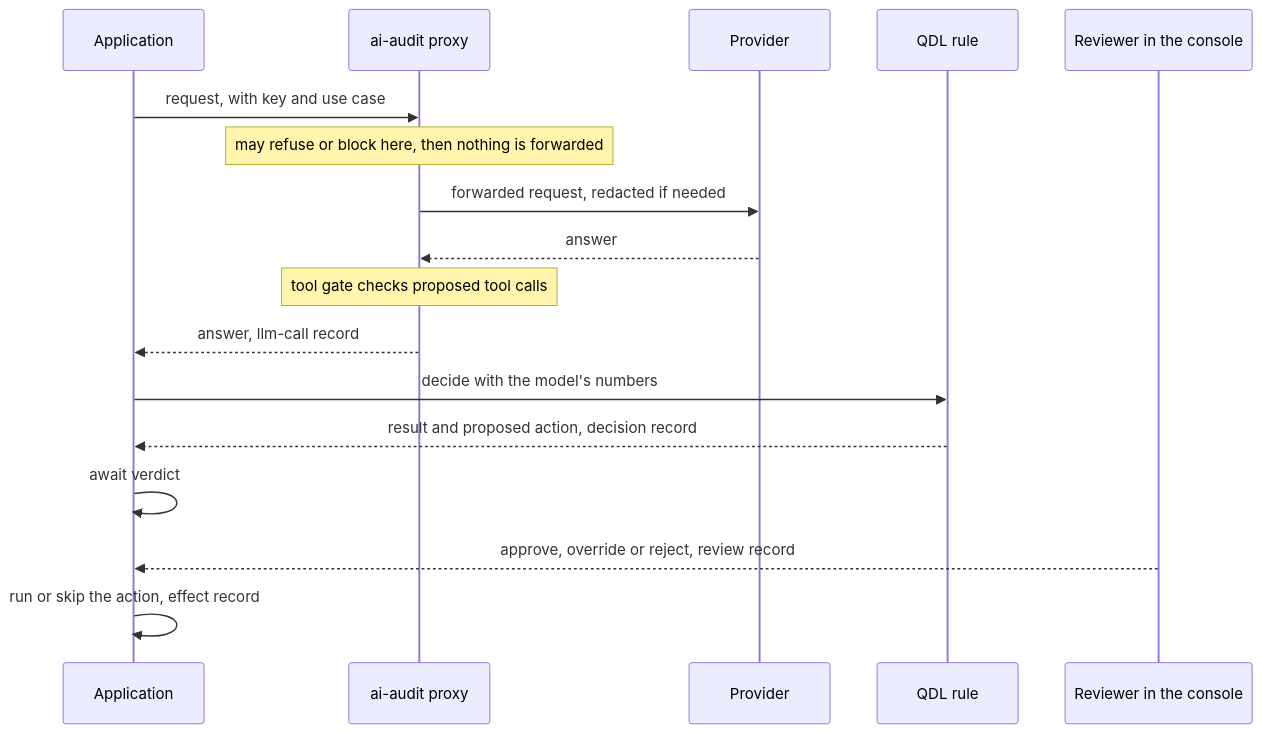
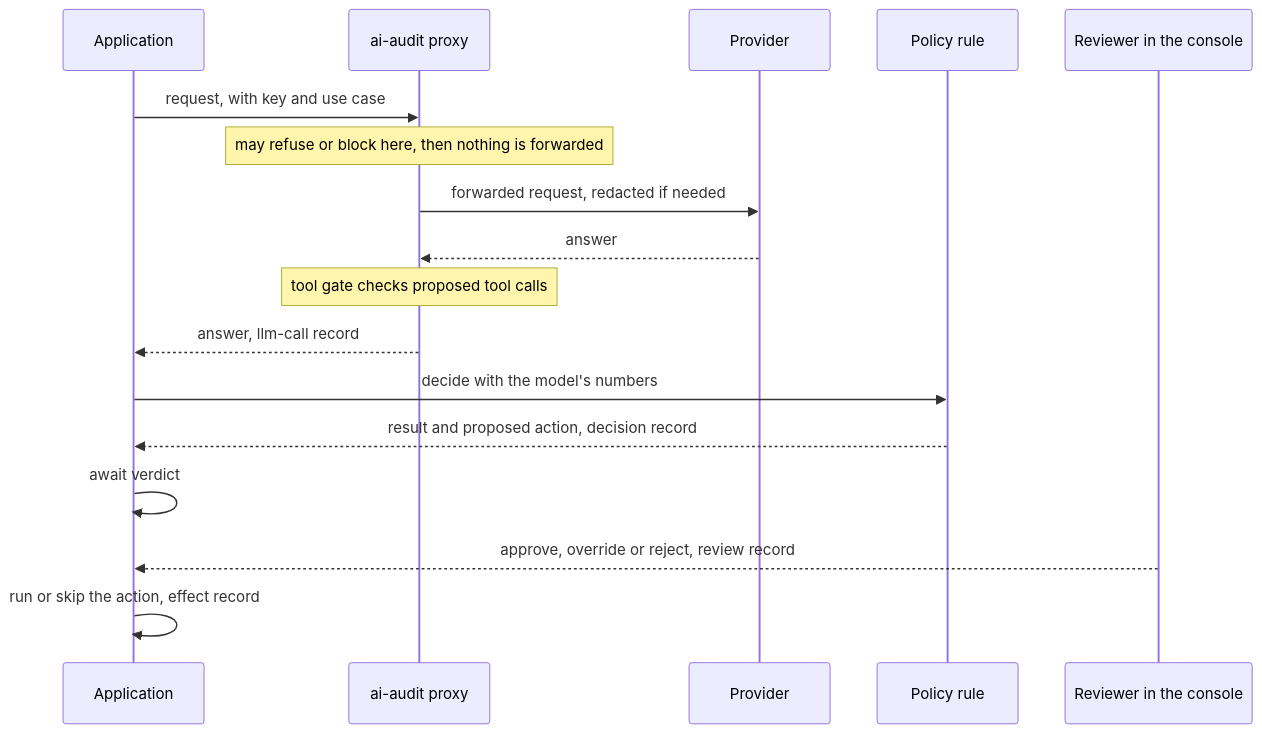
The first of 4 diagrams in README.md (adagora/ai-audit), drawn with Mermaid before and after one commit. The commit also changed other lines of this file and 62 other files, not shown here.

````diff
--- a/README.md
+++ b/README.md
@@ -168,19 +168,19 @@
 ```mermaid
 sequenceDiagram
   participant App as Application
   participant Proxy as ai-audit proxy
   participant LLM as Provider
-  participant Rule as QDL rule
+  participant Rule as Policy rule
   participant You as Reviewer in the console
   App->>Proxy: request, with key and use case
   Note over Proxy: may refuse or block here, then nothing is forwarded
   Proxy->>LLM: forwarded request, redacted if needed
   LLM-->>Proxy: answer
   Note over Proxy: tool gate checks proposed tool calls
   Proxy-->>App: answer, llm-call record
   App->>Rule: decide with the model's numbers
   Rule-->>App: result and proposed action, decision record
   App->>App: await verdict
   You-->>App: approve, override or reject, review record
   App->>App: run or skip the action, effect record
 ```
````
